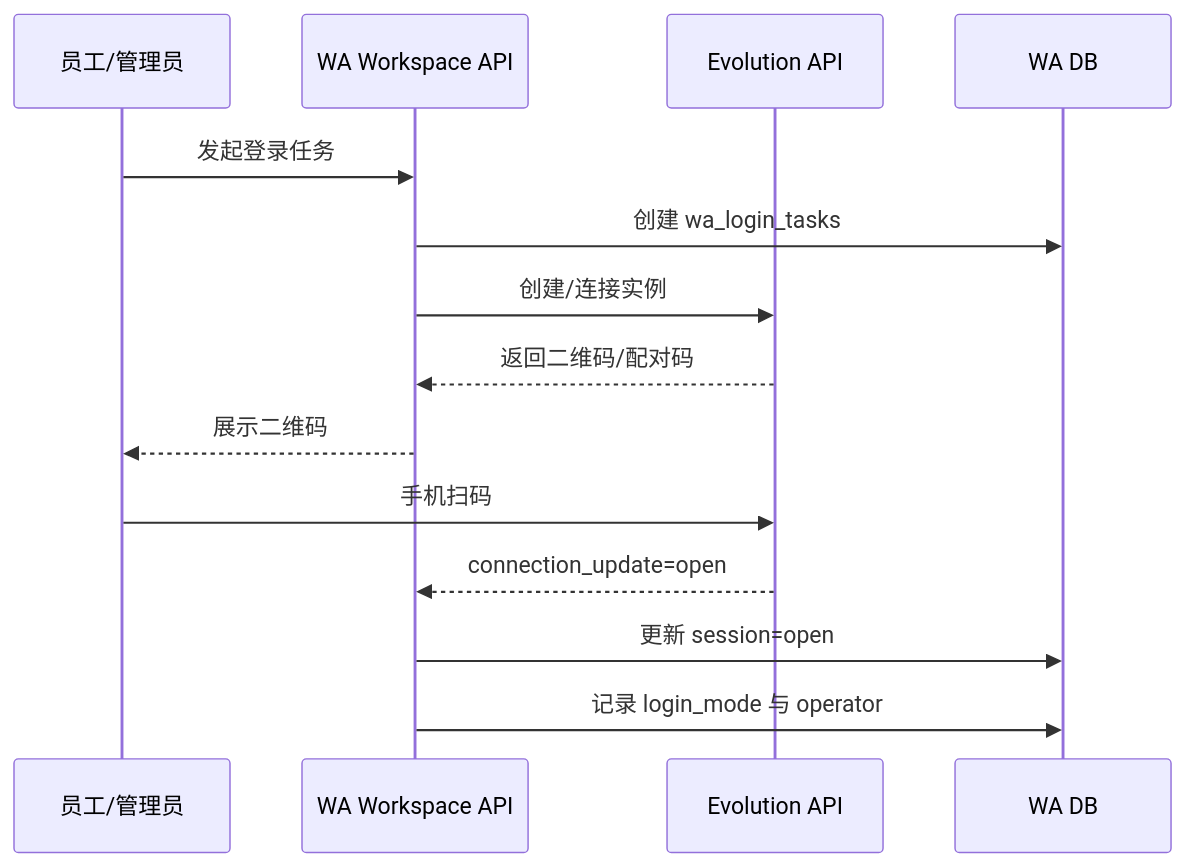
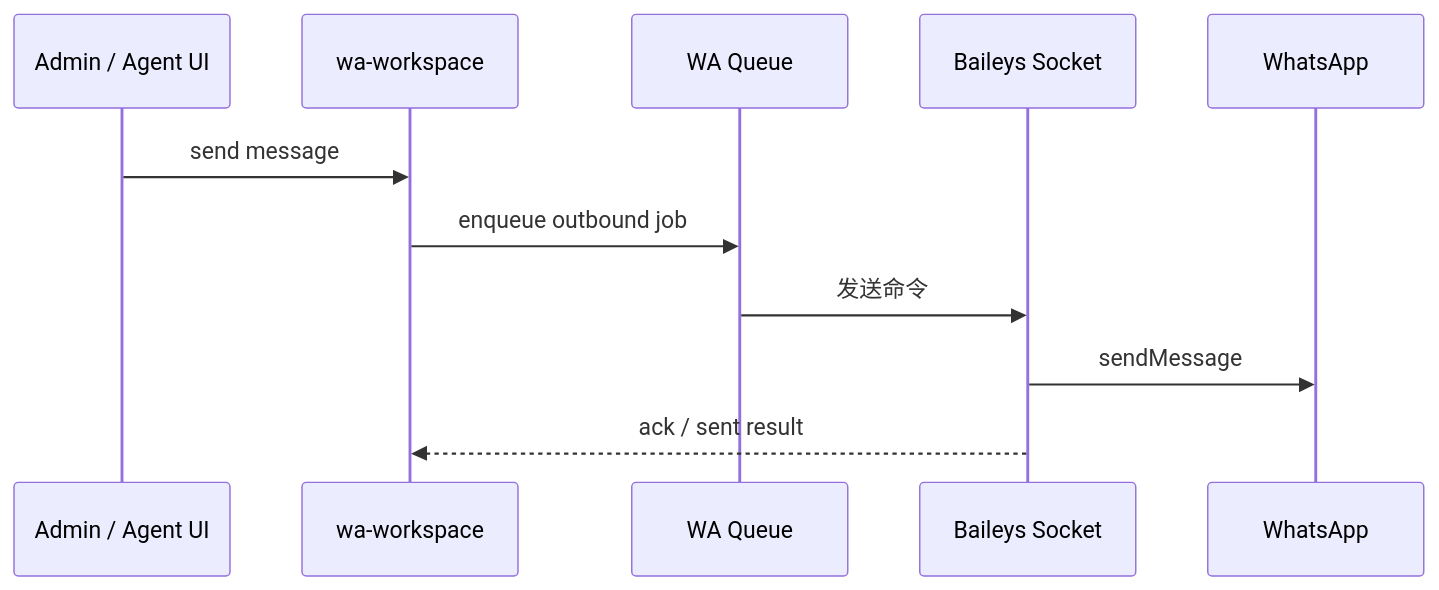
Before and after one commit to ciby9833/nuychat: the third of 5 diagrams in docs/whatsapp方案.md, drawn with Mermaid. The commit also changed other lines of this file and 46 other files, not shown here.

````diff
--- a/docs/whatsapp方案.md
+++ b/docs/whatsapp方案.md
@@ -528,17 +94,14 @@
 ```mermaid
 sequenceDiagram
-    participant UI as 员工/管理员
-    participant API as WA Workspace API
-    participant EVO as Evolution API
-    participant DB as WA DB
+    participant UI as Admin / Agent UI
+    participant API as wa-workspace
+    participant Q as WA Queue
+    participant B as Baileys Socket
+    participant WA as WhatsApp
 
-    UI->>API: 发起登录任务
-    API->>DB: 创建 wa_login_tasks
-    API->>EVO: 创建/连接实例
-    EVO-->>API: 返回二维码/配对码
-    API-->>UI: 展示二维码
-    UI->>EVO: 手机扫码
-    EVO-->>API: connection_update=open
-    API->>DB: 更新 session=open
-    API->>DB: 记录 login_mode 与 operator
+    UI->>API: send message
+    API->>Q: enqueue outbound job
+    Q->>B: 发送命令
+    B->>WA: sendMessage
+    B-->>API: ack / sent result
 ```
````
